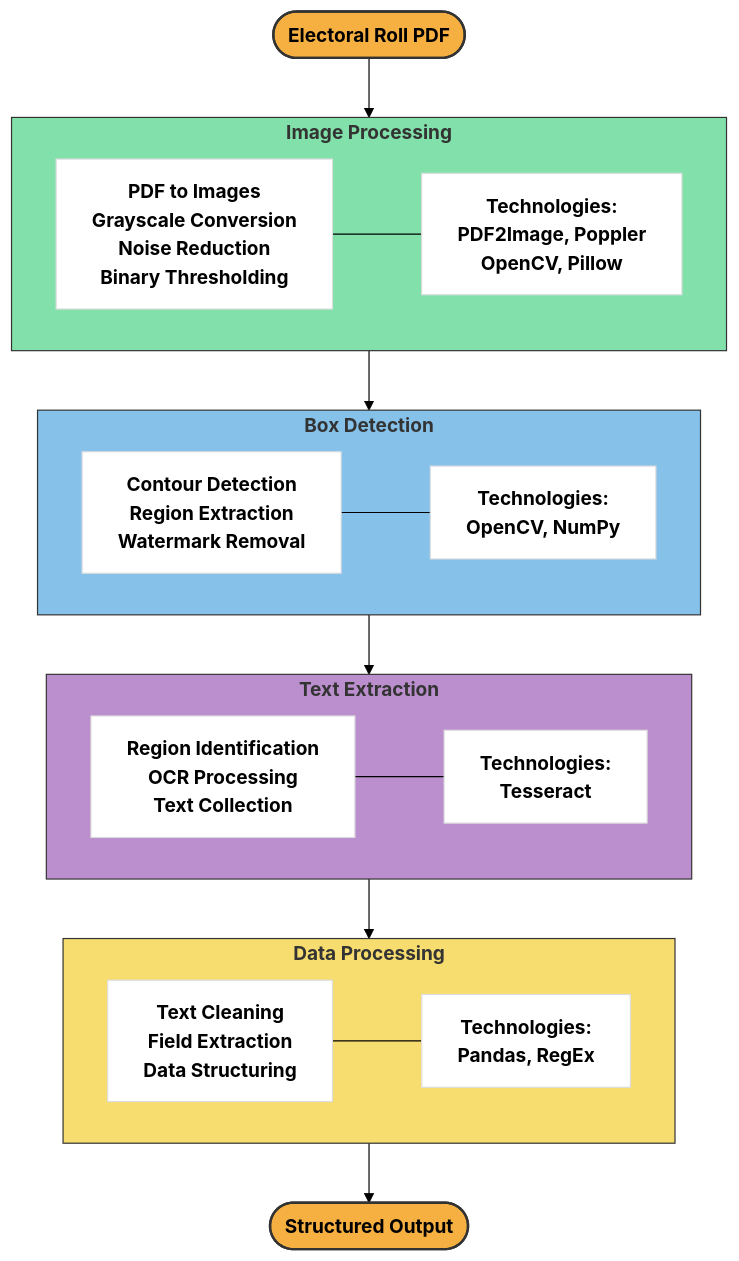
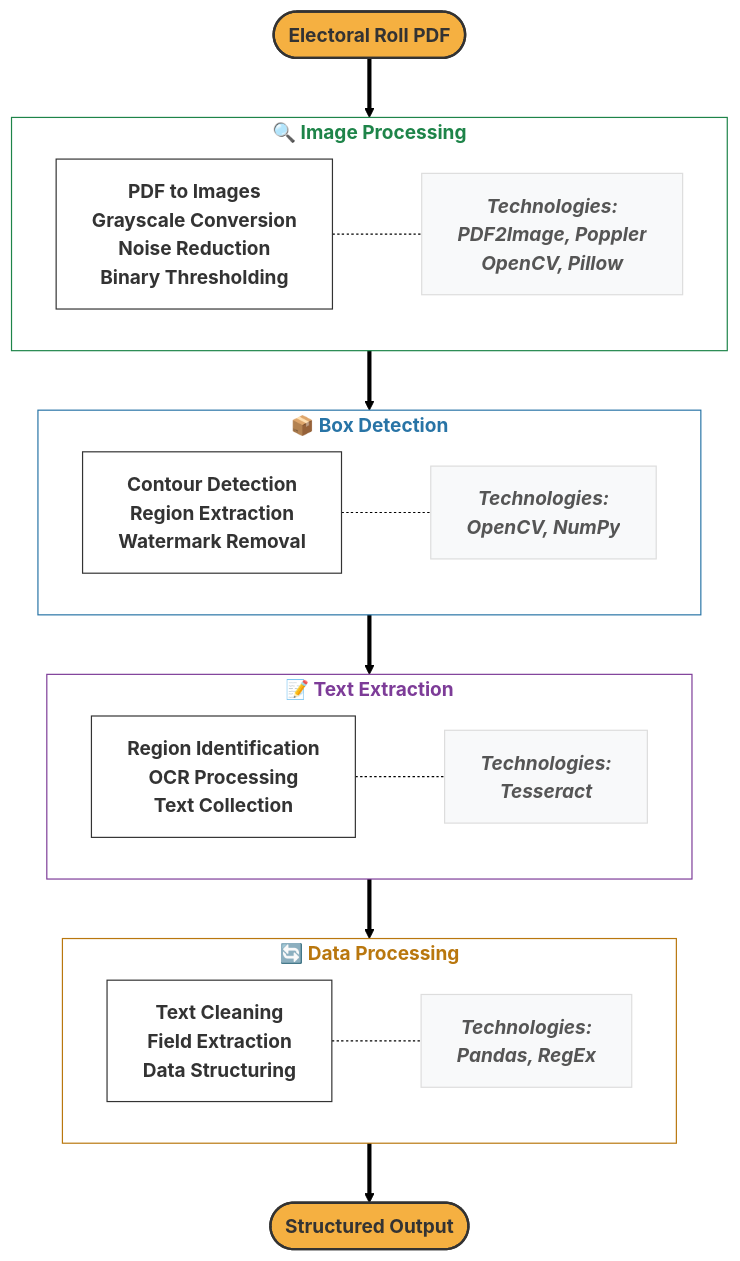
One commit to neha-nambiar/electoral-roll-extractor changed the diagram in README.md. Above: the diagram before and after it, drawn with Mermaid (forest theme). The commit also changed other lines of this file, not shown here.

````diff
--- a/README.md
+++ b/README.md
@@ -9,46 +9,57 @@
 ```mermaid
 flowchart TD
-    A([<b>Electoral Roll PDF</b>]) --> B
+    classDef mainNode fill:#f5b041,stroke:#333,stroke-width:2px,color:#333,font-weight:bold,rounded:10px
+    classDef processNode fill:white,stroke:#333,stroke-width:1px,color:#333,font-weight:bold,rounded:8px
+    classDef techNode fill:#f8f9fa,stroke:#ddd,stroke-width:1px,color:#555,font-weight:bold,font-style:italic,rounded:8px
+    classDef subgraphStyle fill:transparent,stroke:#aaa,stroke-width:1px,color:#555,font-weight:bold,rounded:15px
     
-    subgraph B[<b>Image Processing</b>]
-      B1[<b>PDF to Images<br>Grayscale Conversion<br>Noise Reduction<br>Binary Thresholding</b>]
-      B2[<b>Technologies:<br>PDF2Image, Poppler<br>OpenCV, Pillow</b>]
-      B1 --- B2
+    A([Electoral Roll PDF]) ==> B
+    
+    subgraph B["🔍 Image Processing"]
+      direction LR
+      B1["PDF to Images<br>Grayscale Conversion<br>Noise Reduction<br>Binary Thresholding"]
+      B2["Technologies:<br>PDF2Image, Poppler<br>OpenCV, Pillow"]
+      B1 -.- B2
     end
     
-    B --> C
+    B ==> C
     
-    subgraph C[<b>Box Detection</b>]
-      C1[<b>Contour Detection<br>Region Extraction<br>Watermark Removal</b>]
-      C2[<b>Technologies:<br>OpenCV, NumPy</b>]
-      C1 --- C2
+    subgraph C["📦 Box Detection"]
+      direction LR
+      C1["Contour Detection<br>Region Extraction<br>Watermark Removal"]
+      C2["Technologies:<br>OpenCV, NumPy"]
+      C1 -.- C2
     end
     
-    C --> D
+    C ==> D
     
-    subgraph D[<b>Text Extraction</b>]
-      D1[<b>Region Identification<br>OCR Processing<br>Text Collection</b>]
-      D2[<b>Technologies:<br>Tesseract</b>]
-      D1 --- D2
+    subgraph D["📝 Text Extraction"]
+      direction LR
+      D1["Region Identification<br>OCR Processing<br>Text Collection"]
+      D2["Technologies:<br>Tesseract"]
+      D1 -.- D2
     end
     
-    D --> E
+    D ==> E
     
-    subgraph E[<b>Data Processing</b>]
-      E1[<b>Text Cleaning<br>Field Extraction<br>Data Structuring</b>]
-      E2[<b>Technologies:<br>Pandas, RegEx</b>]
-      E1 --- E2
+    subgraph E["🔄 Data Processing"]
+      direction LR
+      E1["Text Cleaning<br>Field Extraction<br>Data Structuring"]
+      E2["Technologies:<br>Pandas, RegEx"]
+      E1 -.- E2
     end
     
-    E --> F([<b>Structured Output</b>])
+    E ==> F([Structured Output])
     
-    style A fill:#f5b041,stroke:#333,stroke-width:2px
-    style F fill:#f5b041,stroke:#333,stroke-width:2px
-    style B fill:#82e0aa,stroke:#333,stroke-width:1px
-    style C fill:#85c1e9,stroke:#333,stroke-width:1px
-    style D fill:#bb8fce,stroke:#333,stroke-width:1px
-    style E fill:#f7dc6f,stroke:#333,stroke-width:1px
+    %% Apply custom styles
+    class A,F mainNode
+    class B1,C1,D1,E1 processNode
+    class B2,C2,D2,E2 techNode
+    class B,C,D,E subgraphStyle
     
-    classDef subboxes fill:white,stroke:#ddd,stroke-width:1px
-    class B1,B2,C1,C2,D1,D2,E1,E2 subboxes
+    %% Color the main process boxes
+    style B color:#1e8449,stroke:#1e8449
+    style C color:#2874a6,stroke:#2874a6
+    style D color:#7d3c98,stroke:#7d3c98
+    style E color:#b9770e,stroke:#b9770e
 ```
````
